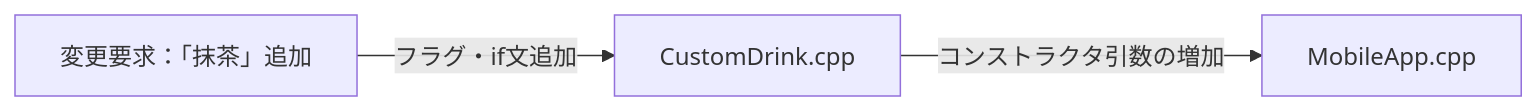
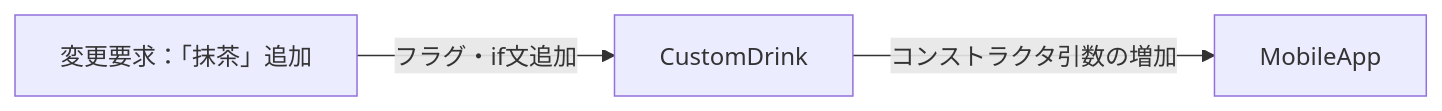
Before and after one commit to kumachan1101-pixel/DesignPattern: the second of 5 diagrams in kindle/design-patterns/output/chapter06.md, drawn with Mermaid. The commit also changed other lines of this file and 8 other files, not shown here.

````diff
--- a/kindle/design-patterns/output/chapter06.md
+++ b/kindle/design-patterns/output/chapter06.md
@@ -312,5 +312,5 @@
 ```mermaid
 graph LR
-    T1["変更要求：「抹茶」追加"] -->|"フラグ・if文追加"| A["CustomDrink.cpp"]
-    A -->|"コンストラクタ引数の増加"| B["MobileApp.cpp"]
+    T1["変更要求：「抹茶」追加"] -->|"フラグ・if文追加"| A["CustomDrink"]
+    A -->|"コンストラクタ引数の増加"| B["MobileApp"]
 ```
````
